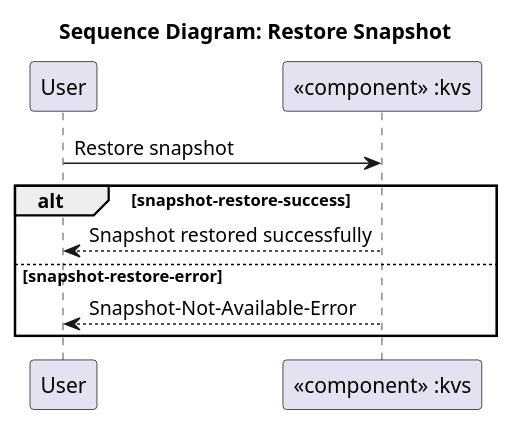
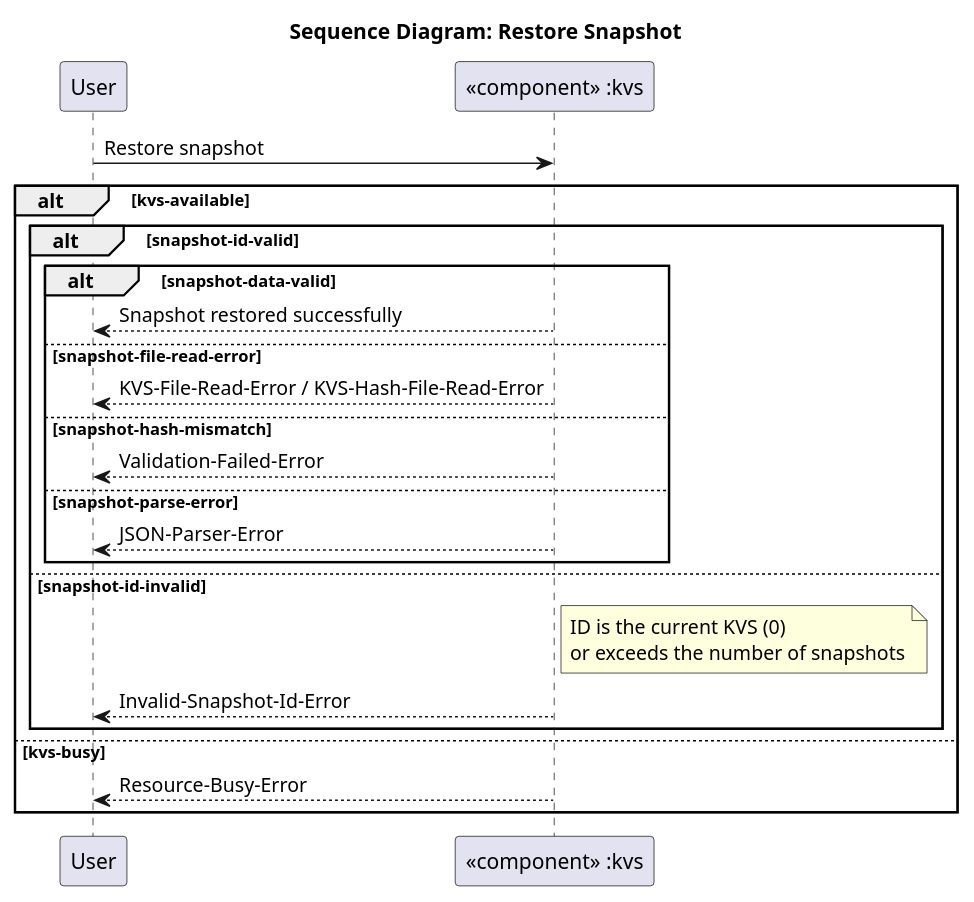
One commit to esrlabs/inc_mw_per changed the diagram in docs/features/persistency/architecture/_assets/kvs_dyn_restore_snapshot.puml. Above: the diagram before and after it, drawn with PlantUML. The commit also changed 13 other files, not shown here.

First line of the commit message:
docs:update feature architecture and component achitecture (#458)

```diff
--- a/docs/features/persistency/architecture/_assets/kvs_dyn_restore_snapshot.puml
+++ b/docs/features/persistency/architecture/_assets/kvs_dyn_restore_snapshot.puml
@@ -14,16 +14,29 @@
 @startuml
 
 title Sequence Diagram: Restore Snapshot
 
 participant "User" as actor
 participant "«component» :kvs" as kvs
 
 actor -> kvs: Restore snapshot
 
-alt snapshot-restore-success
-    kvs --> actor: Snapshot restored successfully
-else snapshot-restore-error
-    kvs --> actor: Snapshot-Not-Available-Error
+alt kvs-available
+    alt snapshot-id-valid
+        alt snapshot-data-valid
+            kvs --> actor: Snapshot restored successfully
+        else snapshot-file-read-error
+            kvs --> actor: KVS-File-Read-Error / KVS-Hash-File-Read-Error
+        else snapshot-hash-mismatch
+            kvs --> actor: Validation-Failed-Error
+        else snapshot-parse-error
+            kvs --> actor: JSON-Parser-Error
+        end
+    else snapshot-id-invalid
+        note right of kvs: ID is the current KVS (0)\nor exceeds the number of snapshots
+        kvs --> actor: Invalid-Snapshot-Id-Error
+    end
+else kvs-busy
+    kvs --> actor: Resource-Busy-Error
 end
 
 @enduml
```
